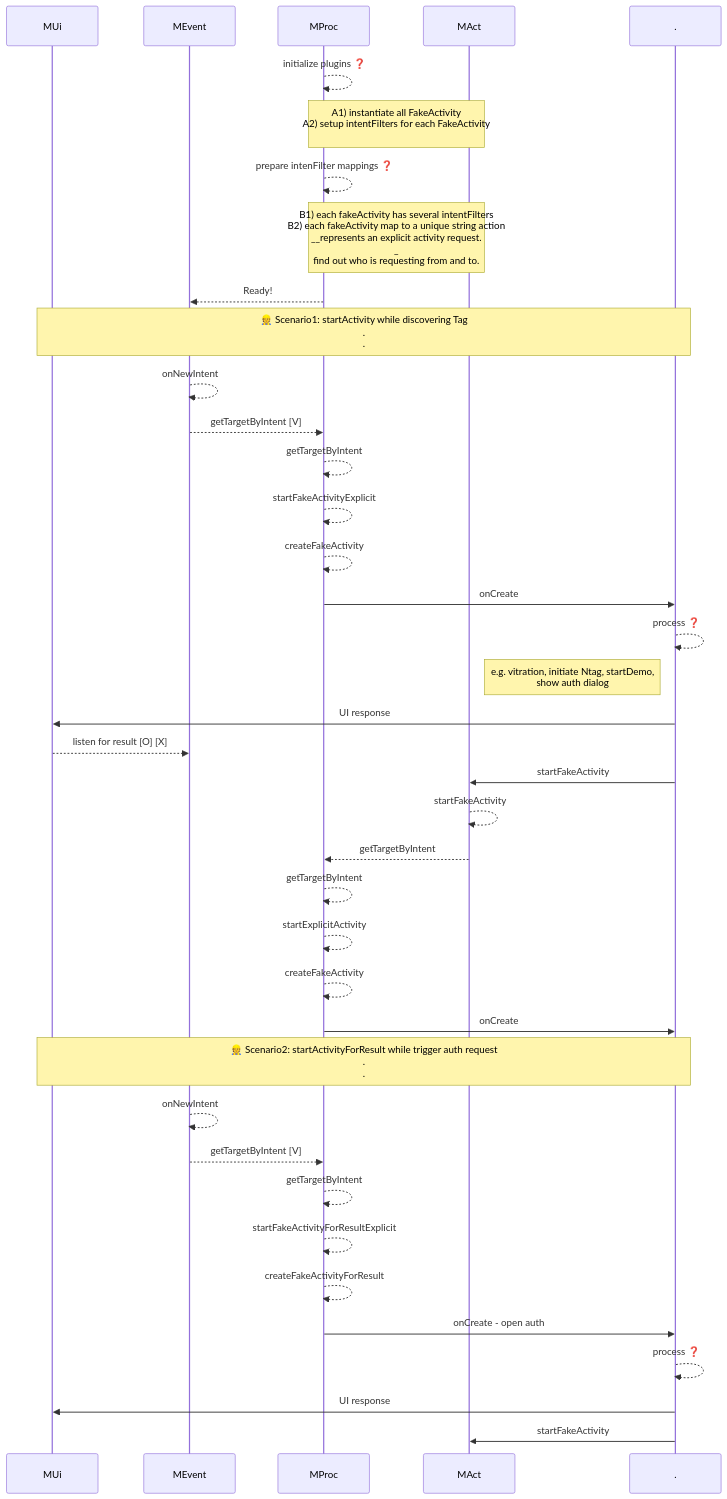
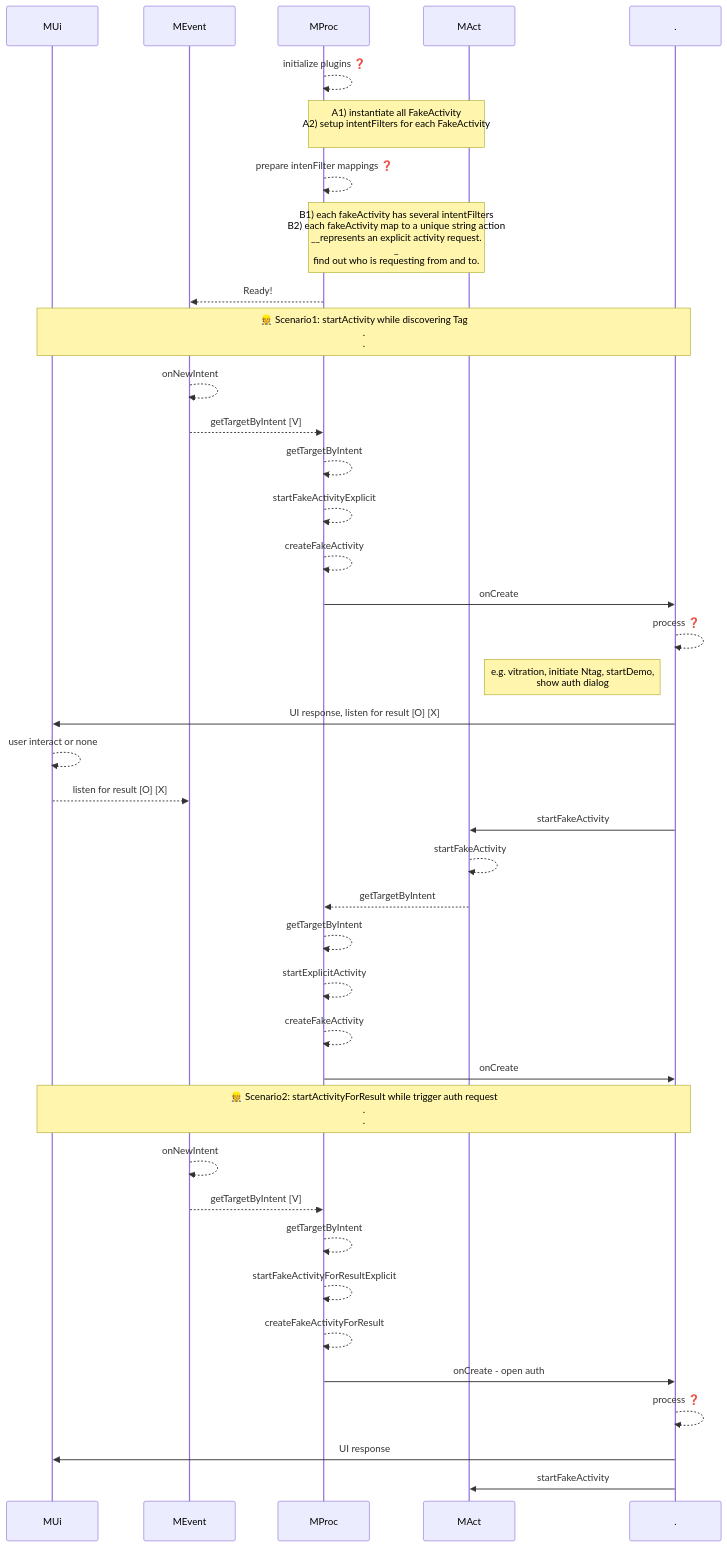
The third of 7 diagrams in flutter/android_to_flutter.md (gordianknotC/nxp_note), drawn with Mermaid before and after one commit. The commit also changed other lines of this file, not shown here.

Commit message:
flutter/android_to_flutter.md updated from https://stackedit.io/

````diff
--- a/flutter/android_to_flutter.md
+++ b/flutter/android_to_flutter.md
@@ -52,53 +52,53 @@
 ```mermaid
 sequenceDiagram
 participant MUi
 participant MEvent
 participant MProc
 participant MAct
 participant .
 
 MProc-->>MProc: initialize plugins ❓
 Note over MProc,MAct: A1) instantiate all FakeActivity<br>A2) setup intentFilters for each FakeActivity<br>
 
 MProc-->>MProc: prepare intenFilter mappings ❓
 
 Note over MProc, MAct: B1) each fakeActivity has several intentFilters<br>B2) each fakeActivity map to a unique string action<br>__represents an explicit activity request.<br>_<br> find out who is requesting from and to.
 
 MProc-->>MEvent: Ready!
 
 
 Note over MUi, .: 👷 Scenario1: startActivity while discovering Tag<br>.<br>.
 MEvent-->>MEvent: onNewIntent
 
 MEvent-->>MProc: getTargetByIntent [V]
 MProc-->>MProc: getTargetByIntent
 MProc-->>MProc: startFakeActivityExplicit
 MProc-->>MProc: createFakeActivity
 MProc->> . : onCreate
 . -->> . : process ❓
 Note left of .: e.g. vitration, initiate Ntag, startDemo,<br>show auth dialog
-. ->> MUi: UI response
-
+. ->> MUi: UI response, listen for result [O] [X]
+MUi -->> MUi: user interact or none
 MUi -->> MEvent: listen for result  [O] [X]
 . ->> MAct: startFakeActivity
 MAct -->> MAct: startFakeActivity
 MAct -->> MProc: getTargetByIntent
 MProc -->> MProc: getTargetByIntent
 MProc -->> MProc: startExplicitActivity
 MProc -->> MProc: createFakeActivity
 MProc ->> . : onCreate
 
 
 Note over MUi, .: 👷 Scenario2: startActivityForResult while trigger auth request<br>.<br>.
 MEvent-->>MEvent: onNewIntent
 MEvent-->>MProc: getTargetByIntent [V]
 MProc-->>MProc: getTargetByIntent
 MProc-->>MProc: startFakeActivityForResultExplicit
 MProc-->>MProc: createFakeActivityForResult
 MProc->> . : onCreate - open auth
 . -->> . : process ❓
 . ->> MUi: UI response
 . ->> MAct: startFakeActivity
 
 
 ```
````
